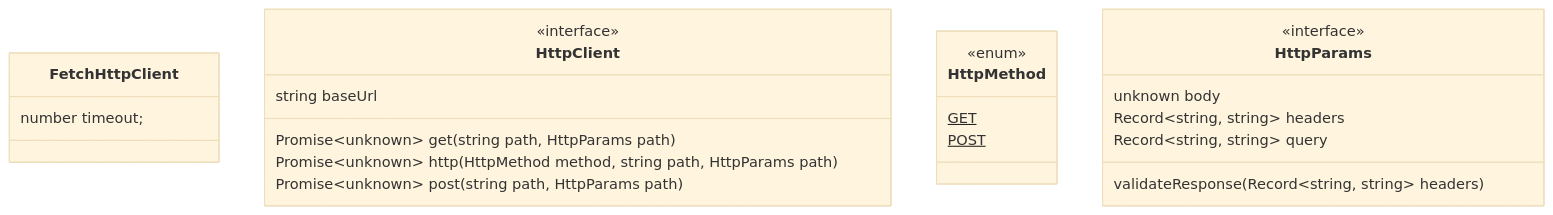
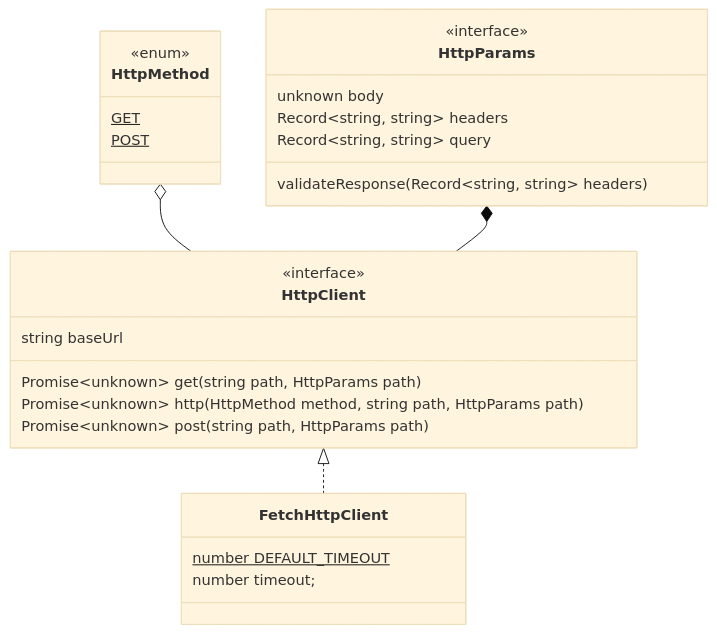
The diagram in docs/diagrams/architecture/http.md (vechain/vechain-sdk-js), drawn with Mermaid (base theme) before and after one commit. The commit also changed 4 other files, not shown here.

Commit message:
feat: 1450 http client refactoring

````diff
--- a/docs/diagrams/architecture/http.md
+++ b/docs/diagrams/architecture/http.md
@@ -1,27 +1,30 @@
 ```mermaid
 classDiagram
     class FetchHttpClient {
+        number DEFAULT_TIMEOUT$
         number timeout;
     }
     class HttpClient {
         <<interface>>
         string baseUrl
         Promise~unknown~ get(string path, HttpParams path)
         Promise~unknown~ http(HttpMethod method, string path, HttpParams path)
         Promise~unknown~ post(string path, HttpParams path)
         
     }
     class HttpMethod {
         <<enum>>
         GET$
         POST$
     }
     class HttpParams {
         <<interface>>
         unknown body
         Record~string, string~ headers
         Record~string, string~ query
         validateResponse(Record~string, string~ headers)
     }
-
+    HttpMethod o-- HttpClient
+    HttpParams *-- HttpClient
+    HttpClient <|.. FetchHttpClient
 ```
````
